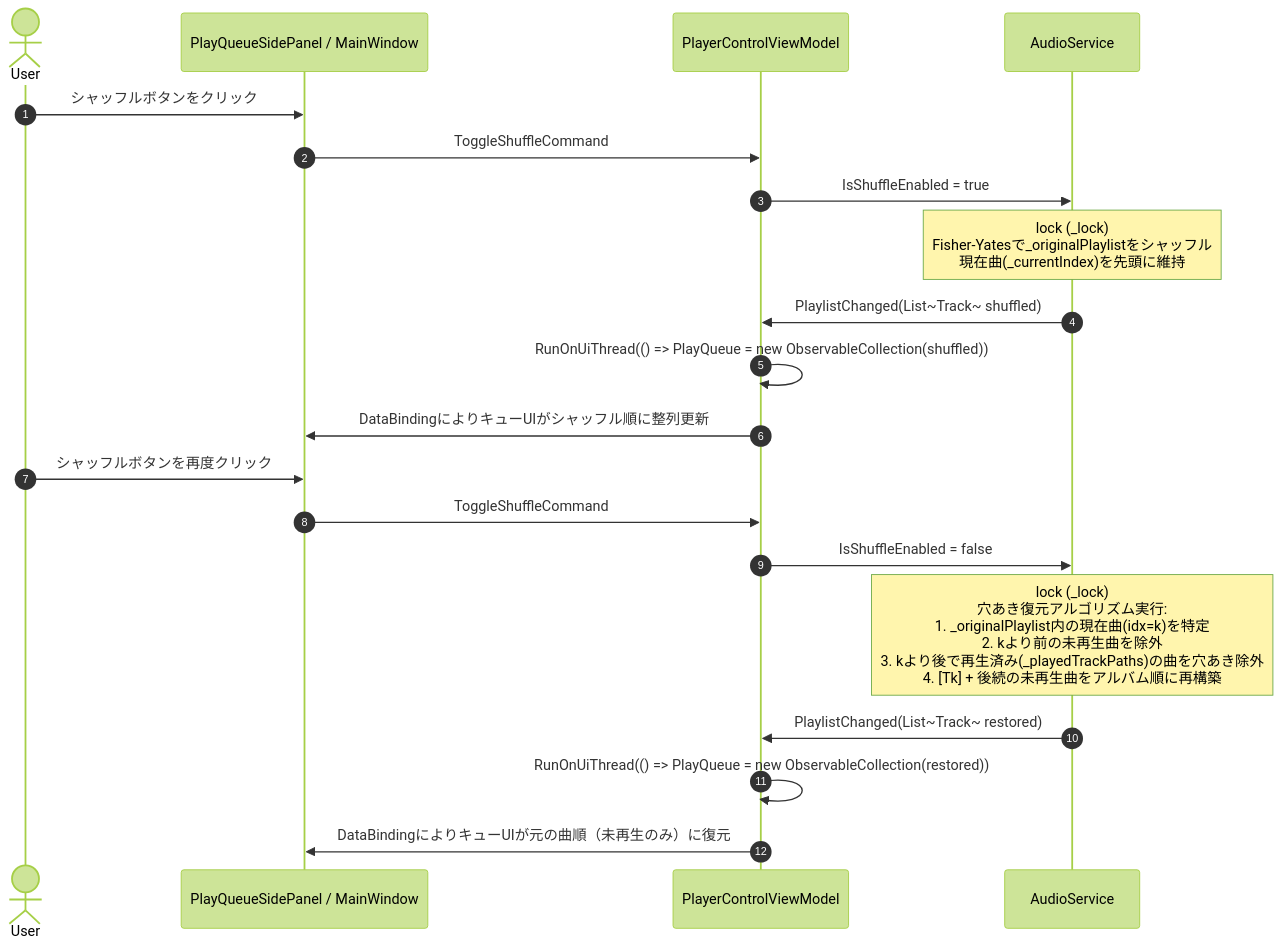
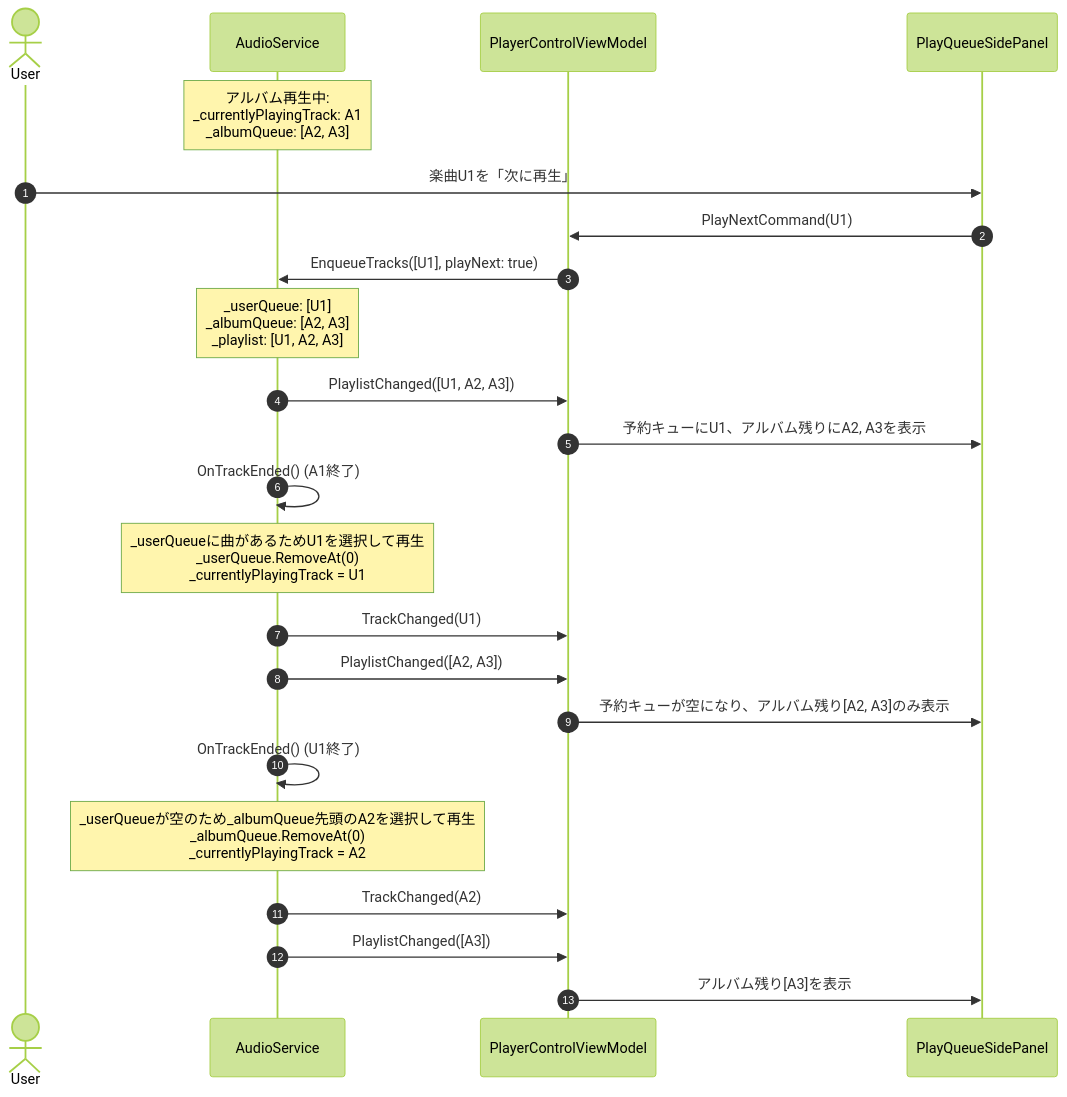
Before and after one commit to taketonnbo/Audio_Effector: the second of 4 diagrams in 設計/詳細設計/再生キュー.md, drawn with Mermaid (forest theme). The commit also changed other lines of this file and 2 other files, not shown here.

````diff
--- a/設計/詳細設計/再生キュー.md
+++ b/設計/詳細設計/再生キュー.md
@@ -109,24 +124,28 @@
 ```mermaid
 sequenceDiagram
     autonumber
     actor User
-    participant View as PlayQueueSidePanel / MainWindow
+    participant Audio as AudioService
     participant VM as PlayerControlViewModel
-    participant Audio as AudioService
+    participant View as PlayQueueSidePanel
 
-    User->>View: シャッフルボタンをクリック
-    View->>VM: ToggleShuffleCommand
-    VM->>Audio: IsShuffleEnabled = true
-    Note over Audio: lock (_lock)<br/>Fisher-Yatesで_originalPlaylistをシャッフル<br/>現在曲(_currentIndex)を先頭に維持
-    Audio->>VM: PlaylistChanged(List~Track~ shuffled)
-    VM->>VM: RunOnUiThread(() => PlayQueue = new ObservableCollection(shuffled))
-    VM->>View: DataBindingによりキューUIがシャッフル順に整列更新
+    Note over Audio: アルバム再生中:<br/>_currentlyPlayingTrack: A1<br/>_albumQueue: [A2, A3]
+    User->>View: 楽曲U1を「次に再生」
+    View->>VM: PlayNextCommand(U1)
+    VM->>Audio: EnqueueTracks([U1], playNext: true)
+    Note over Audio: _userQueue: [U1]<br/>_albumQueue: [A2, A3]<br/>_playlist: [U1, A2, A3]
+    Audio->>VM: PlaylistChanged([U1, A2, A3])
+    VM->>View: 予約キューにU1、アルバム残りにA2, A3を表示
 
-    User->>View: シャッフルボタンを再度クリック
-    View->>VM: ToggleShuffleCommand
-    VM->>Audio: IsShuffleEnabled = false
-    Note over Audio: lock (_lock)<br/>穴あき復元アルゴリズム実行:<br/>1. _originalPlaylist内の現在曲(idx=k)を特定<br/>2. kより前の未再生曲を除外<br/>3. kより後で再生済み(_playedTrackPaths)の曲を穴あき除外<br/>4. [Tk] + 後続の未再生曲をアルバム順に再構築
-    Audio->>VM: PlaylistChanged(List~Track~ restored)
-    VM->>VM: RunOnUiThread(() => PlayQueue = new ObservableCollection(restored))
-    VM->>View: DataBindingによりキューUIが元の曲順（未再生のみ）に復元
+    Audio->>Audio: OnTrackEnded() (A1終了)
+    Note over Audio: _userQueueに曲があるためU1を選択して再生<br/>_userQueue.RemoveAt(0)<br/>_currentlyPlayingTrack = U1
+    Audio->>VM: TrackChanged(U1)
+    Audio->>VM: PlaylistChanged([A2, A3])
+    VM->>View: 予約キューが空になり、アルバム残り[A2, A3]のみ表示
+
+    Audio->>Audio: OnTrackEnded() (U1終了)
+    Note over Audio: _userQueueが空のため_albumQueue先頭のA2を選択して再生<br/>_albumQueue.RemoveAt(0)<br/>_currentlyPlayingTrack = A2
+    Audio->>VM: TrackChanged(A2)
+    Audio->>VM: PlaylistChanged([A3])
+    VM->>View: アルバム残り[A3]を表示
 ```
````
